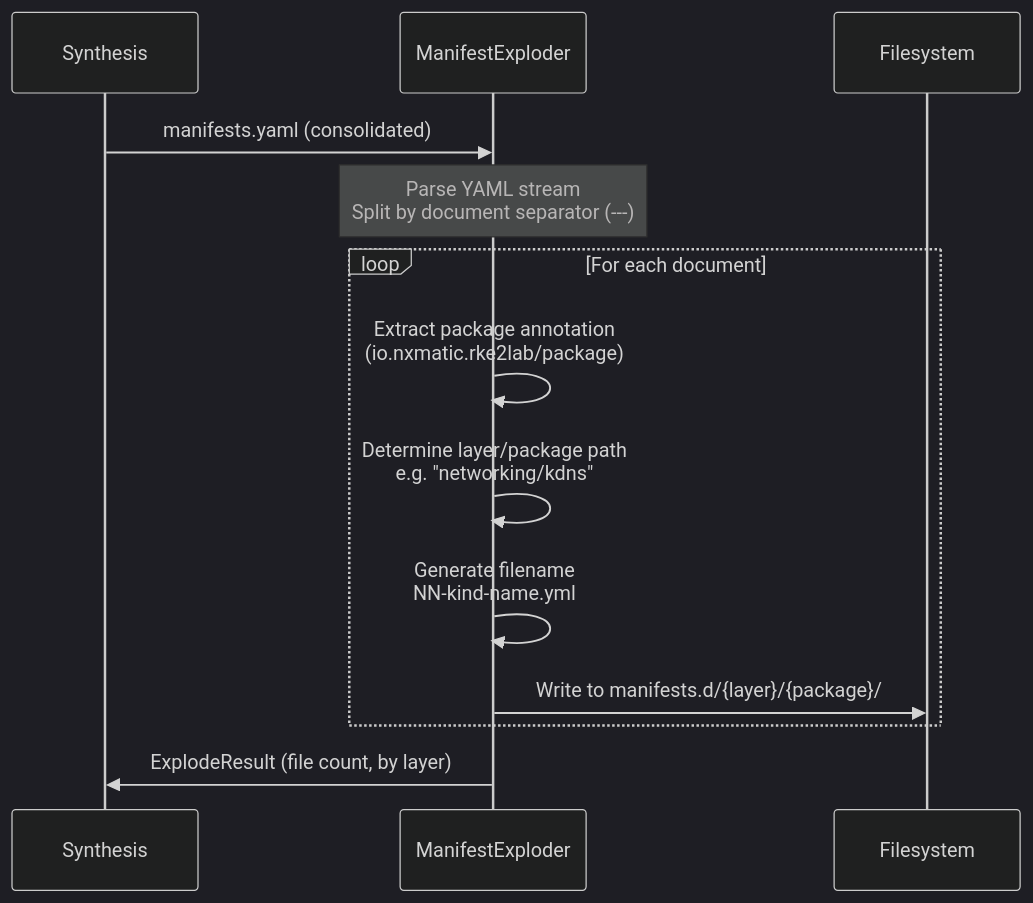
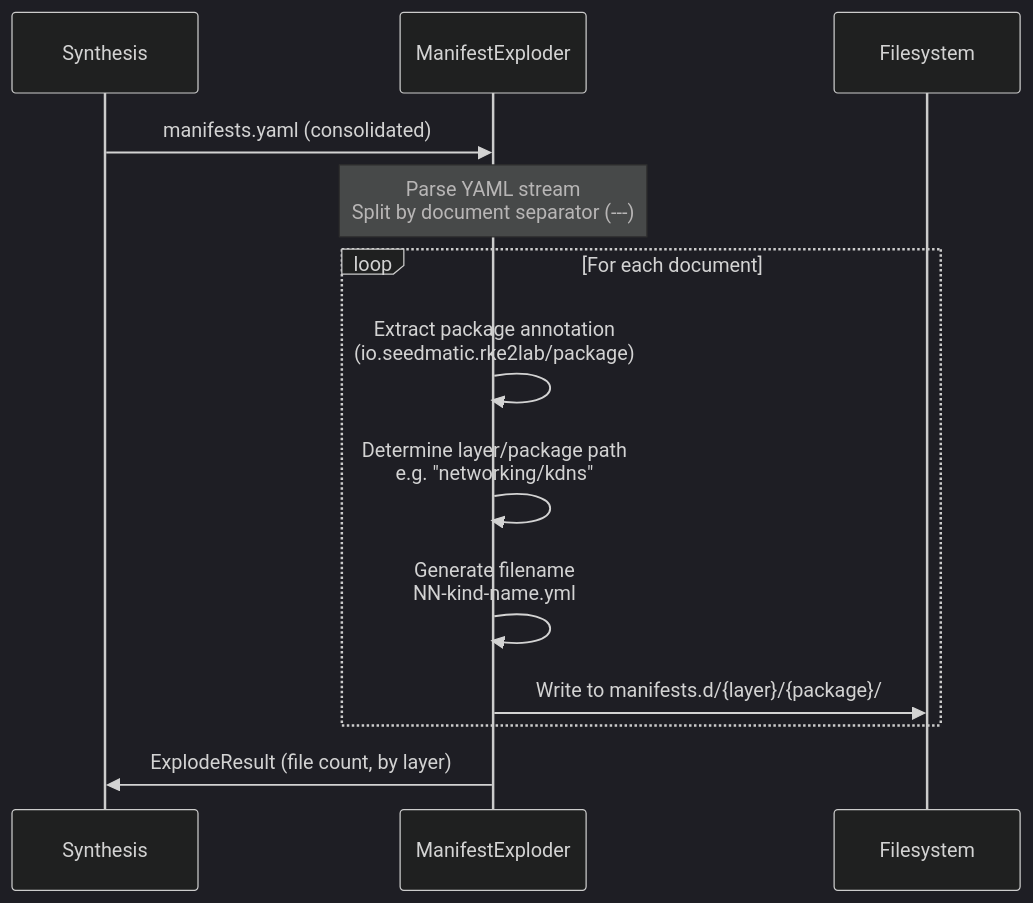
One commit to nxmatic/rke2lab changed the third of 5 diagrams in docs/architecture/manifests/manifest-apply-flow.adoc. Above: the diagram before and after it, drawn with Mermaid (dark theme). The commit also changed other lines of this file and 1914 other files, not shown here.

```diff
--- a/docs/architecture/manifests/manifest-apply-flow.adoc
+++ b/docs/architecture/manifests/manifest-apply-flow.adoc
@@ -113,19 +113,19 @@
 [mermaid]
 ....
 sequenceDiagram
     participant SYNTH as Synthesis
     participant EXPLODER as ManifestExploder
     participant FS as Filesystem
 
     SYNTH->>EXPLODER: manifests.yaml (consolidated)
     Note over EXPLODER: Parse YAML stream<br/>Split by document separator (---)
 
     loop For each document
-        EXPLODER->>EXPLODER: Extract package annotation<br/>(io.nxmatic.rke2lab/package)
+        EXPLODER->>EXPLODER: Extract package annotation<br/>(io.seedmatic.rke2lab/package)
         EXPLODER->>EXPLODER: Determine layer/package path<br/>e.g. "networking/kdns"
         EXPLODER->>EXPLODER: Generate filename<br/>NN-kind-name.yml
         EXPLODER->>FS: Write to manifests.d/{layer}/{package}/
     end
 
     EXPLODER->>SYNTH: ExplodeResult (file count, by layer)
 ....
```
